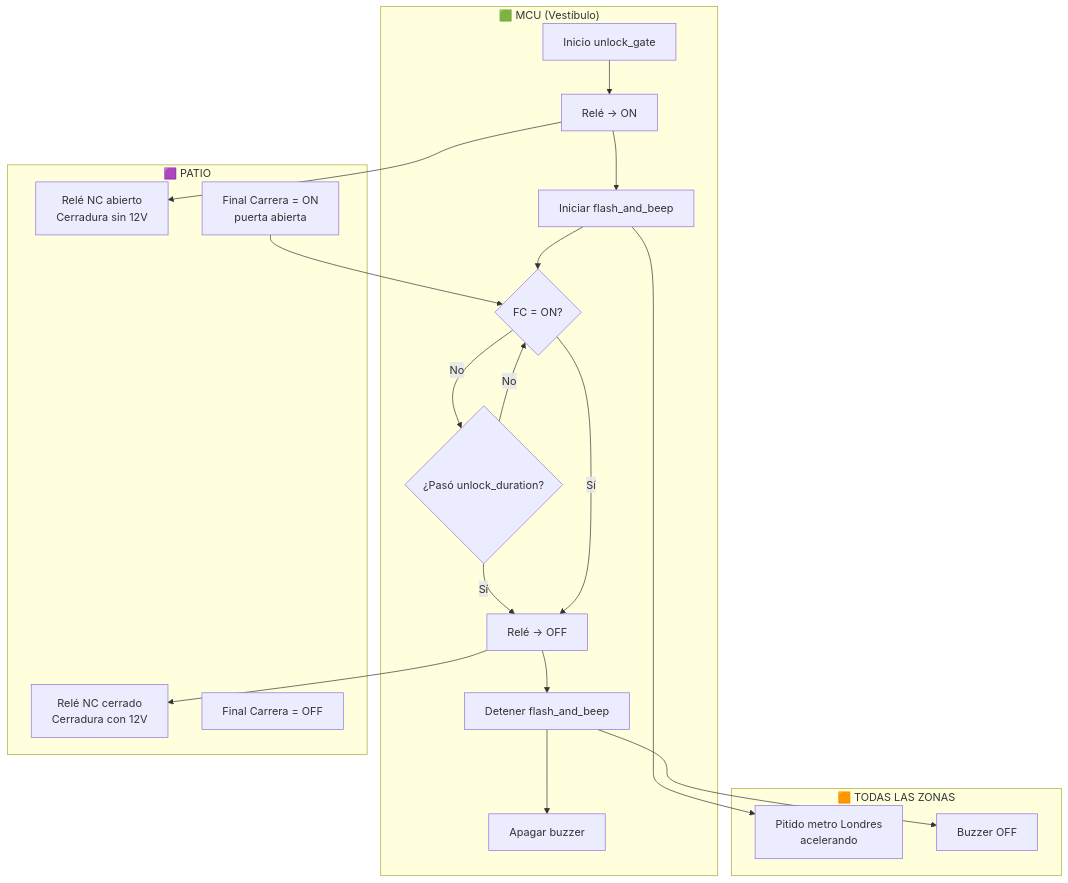
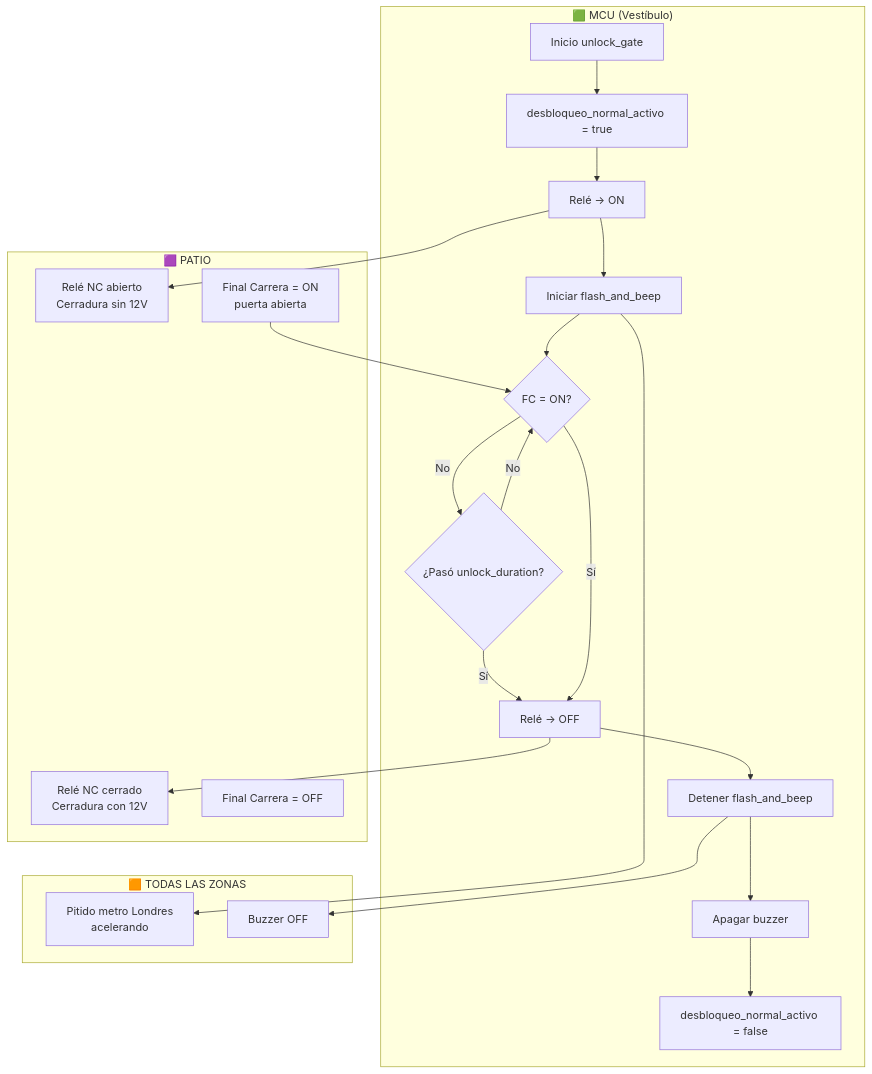
Before and after one commit to abelbour/Abrepuertas: the ninth of 10 diagrams in SYSTEM_DEFINITION.md, drawn with Mermaid. The commit also changed other lines of this file, not shown here.

Commit message:
Audit fixes: LED flash in internal_press, pull-up moved, independent cooldown, FC→OFF handler, emergency race flag, melody timing

````diff
--- a/SYSTEM_DEFINITION.md
+++ b/SYSTEM_DEFINITION.md
@@ -536,33 +554,35 @@
 ```mermaid
 flowchart TD
     subgraph MCU["🟩 MCU (Vestíbulo)"]
         START[Inicio unlock_gate]
-        START --> RELAY_ON[Relé → ON]
+        START --> FLAG[desbloqueo_normal_activo = true]
+        FLAG --> RELAY_ON[Relé → ON]
         RELAY_ON --> FB[Iniciar flash_and_beep]
         FB --> LOOP{FC = ON?}
         LOOP -- No --> TIMEOUT{"¿Pasó unlock_duration?"}
         TIMEOUT -- No --> LOOP
         TIMEOUT -- Sí --> RELAY_OFF[Relé → OFF]
         LOOP -- Sí --> RELAY_OFF
         RELAY_OFF --> STOP[Detener flash_and_beep]
         STOP --> BUZZ_OFF[Apagar buzzer]
+        BUZZ_OFF --> UNFLAG[desbloqueo_normal_activo = false]
     end
 
     subgraph LOCK["🟪 PATIO"]
         RELE[Relé NC abierto<br/>Cerradura sin 12V]
         RELE2[Relé NC cerrado<br/>Cerradura con 12V]
         FC[Final Carrera = ON<br/>puerta abierta]
         FC_OFF[Final Carrera = OFF]
     end
 
     subgraph PAN["🟧 TODAS LAS ZONAS"]
         BEEP[Pitido metro Londres<br/>acelerando]
         SILENCIO[Buzzer OFF]
     end
 
     RELAY_ON --> RELE
     RELAY_OFF --> RELE2
     FC --> LOOP
     FB --> BEEP
     STOP --> SILENCIO
 ```
````
